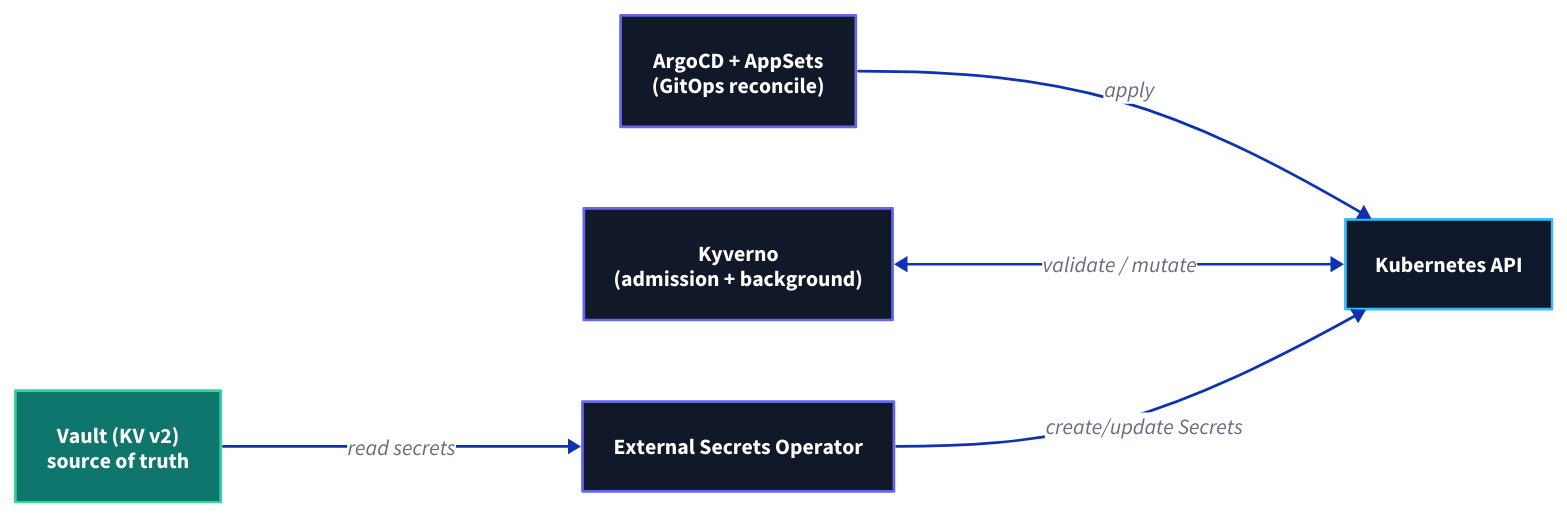
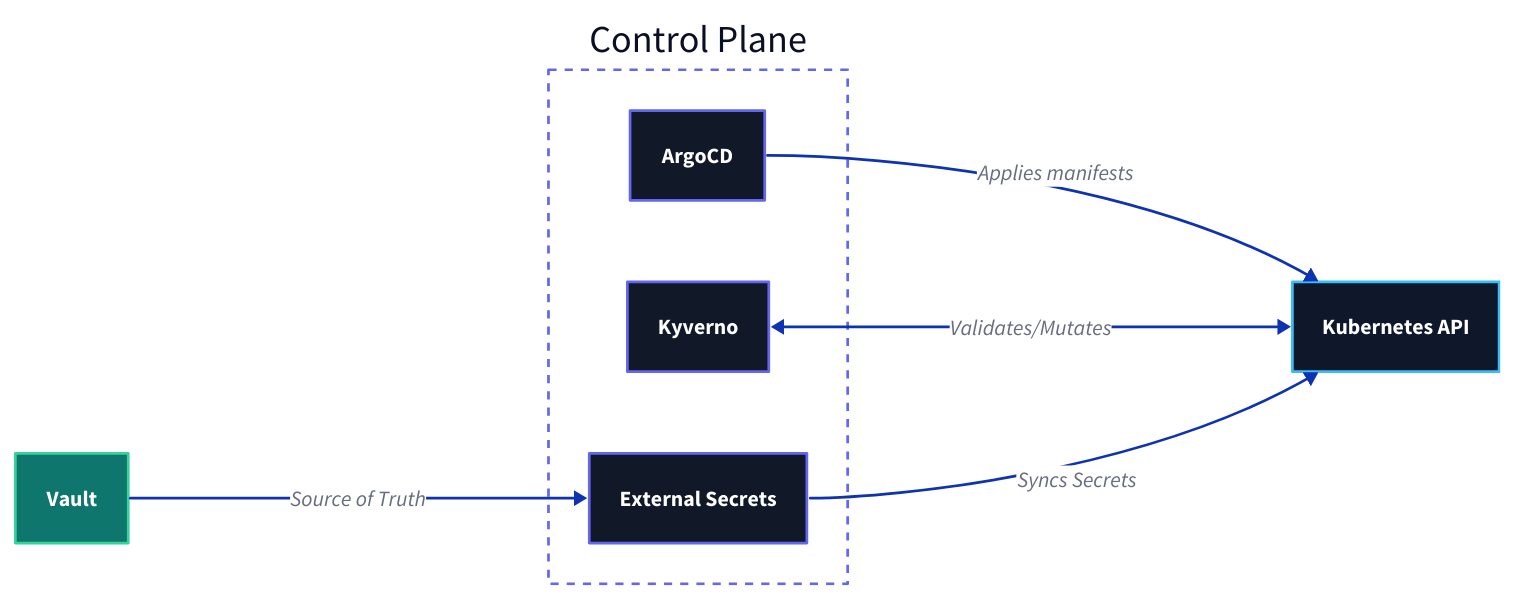
One commit to rou-cru/idp-blueprint changed the diagram in Docs/src/content/docs/assets/diagrams/architecture/control-backbone.d2. Above: the diagram before and after it, drawn with D2. The commit also changed 8 other files, not shown here.

Commit message:
docs: Refactor Gateway API diagram to group routes into stacks and simplify ApplicationSet mapping diagram.

```diff
--- a/Docs/src/content/docs/assets/diagrams/architecture/control-backbone.d2
+++ b/Docs/src/content/docs/assets/diagrams/architecture/control-backbone.d2
@@ -1,36 +1,54 @@
 direction: right
 
 classes: {
   control: {
     style: {
       fill: "#111827"
       stroke: "#6366f1"
       font-color: white
     }
   }
   infra: {
     style: {
       fill: "#0f172a"
       stroke: "#38bdf8"
       font-color: white
     }
   }
   data: {
     style: {
       fill: "#0f766e"
       stroke: "#34d399"
       font-color: white
     }
   }
 }
 
-Cluster: { class: infra; label: "Kubernetes API" }
-Argo: { class: control; label: "ArgoCD + AppSets\n(GitOps reconcile)" }
-Kyverno: { class: control; label: "Kyverno\n(admission + background)" }
-ESO: { class: control; label: "External Secrets Operator" }
-Vault: { class: data; label: "Vault (KV v2)\nsource of truth" }
+Cluster: {
+  class: infra
+  label: "Kubernetes API"
+}
 
-Argo -> Cluster: "apply"
-Kyverno <-> Cluster: "validate / mutate"
-ESO -> Cluster: "create/update Secrets"
-Vault -> ESO: "read secrets"
+ControlPlane: {
+  label: "Control Plane"
+  style: {
+    fill: "transparent"
+    stroke: "#6366f1"
+    stroke-dash: 3
+  }
+  
+  Argo: { class: control; label: "ArgoCD" }
+  Kyverno: { class: control }
+  ESO: { class: control; label: "External Secrets" }
+}
+
+Vault: {
+  class: data
+  label: "Vault"
+}
+
+# Flows
+ControlPlane.Argo -> Cluster: "Applies manifests"
+ControlPlane.Kyverno <-> Cluster: "Validates/Mutates"
+ControlPlane.ESO -> Cluster: "Syncs Secrets"
+Vault -> ControlPlane.ESO: "Source of Truth"
```
